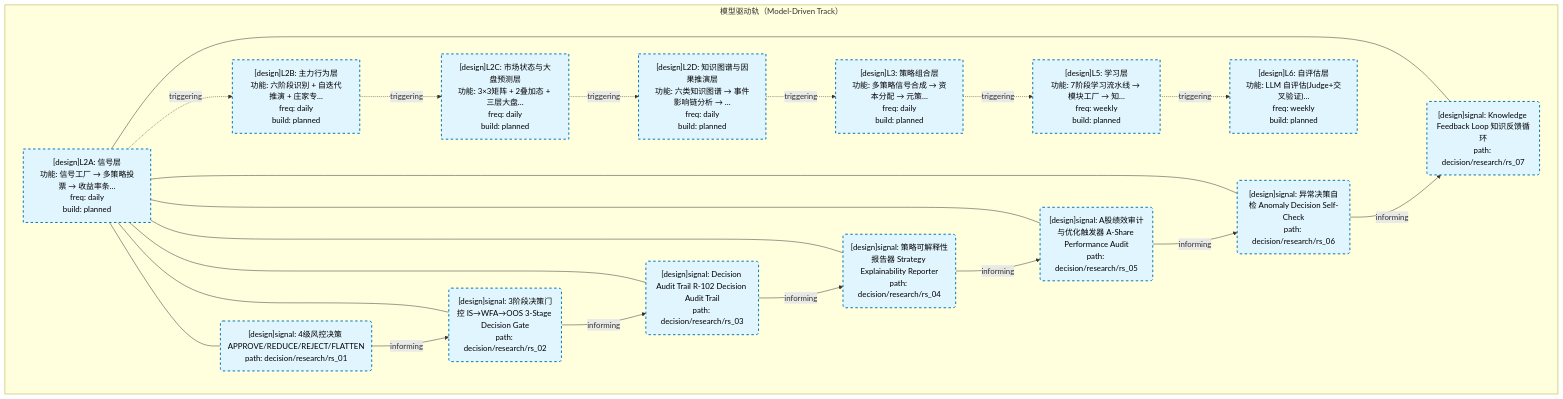
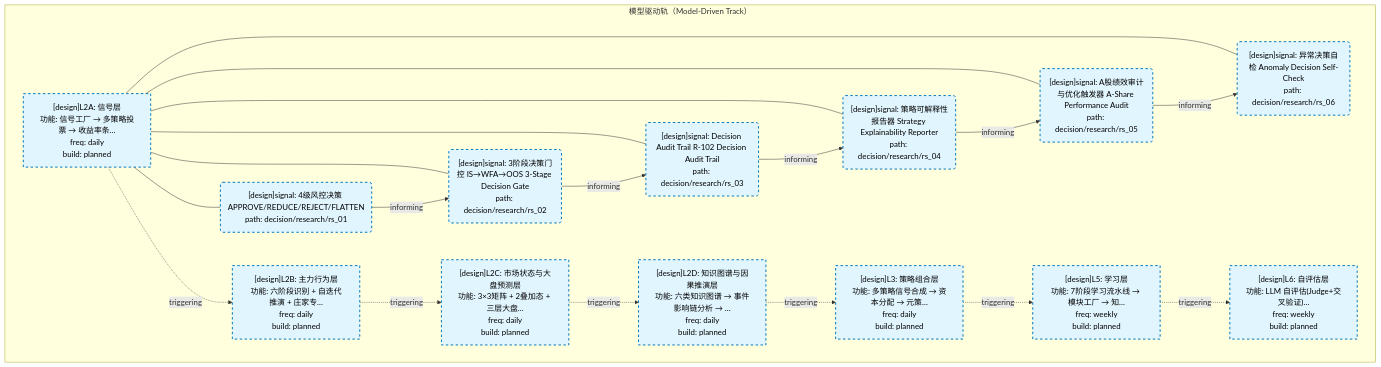
The first of 2 diagrams in docs/02_enterprise_architecture/06_decision_architecture/09_decision_l2a_research.md (xuanFelixVan/ZephyrAlpha), drawn with Mermaid before and after one commit. The commit also changed other lines of this file and 24 other files, not shown here.

First line of the commit message:
docs(architecture): 重生4个生成器输出（sys.path修复后首次干净重生）

````diff
--- a/docs/02_enterprise_architecture/06_decision_architecture/09_decision_l2a_research.md
+++ b/docs/02_enterprise_architecture/06_decision_architecture/09_decision_l2a_research.md
@@ -21,44 +21,41 @@
 ```mermaid
 flowchart TD
     subgraph track_model_driven["模型驱动轨（Model-Driven Track）"]
         LL2A["[design]L2A: 信号层<br/>功能: 信号工厂 → 多策略投票 → 收益率条…<br/>freq: daily<br/>build: planned"]:::bsPlanned
         N204("[design]signal: 4级风控决策 APPROVE/REDUCE/REJECT/FLATTEN<br/>path: decision/research/rs_01"):::bsPlanned
         LL2A --- N204
         N205("[design]signal: 3阶段决策门控 IS→WFA→OOS 3-Stage Decision Gate<br/>path: decision/research/rs_02"):::bsPlanned
         LL2A --- N205
         N206("[design]signal: Decision Audit Trail R-102 Decision Audit Trail<br/>path: decision/research/rs_03"):::bsPlanned
         LL2A --- N206
         N211("[design]signal: 策略可解释性报告器 Strategy Explainability Reporter<br/>path: decision/research/rs_04"):::bsPlanned
         LL2A --- N211
         N212("[design]signal: A股绩效审计与优化触发器 A-Share Performance Audit<br/>path: decision/research/rs_05"):::bsPlanned
         LL2A --- N212
         N213("[design]signal: 异常决策自检 Anomaly Decision Self-Check<br/>path: decision/research/rs_06"):::bsPlanned
         LL2A --- N213
-        N214("[design]signal: Knowledge Feedback Loop 知识反馈循环<br/>path: decision/research/rs_07"):::bsPlanned
-        LL2A --- N214
         LL2B["[design]L2B: 主力行为层<br/>功能: 六阶段识别 + 自迭代推演 + 庄家专…<br/>freq: daily<br/>build: planned"]:::bsPlanned
         LL2C["[design]L2C: 市场状态与大盘预测层<br/>功能: 3×3矩阵 + 2叠加态 + 三层大盘…<br/>freq: daily<br/>build: planned"]:::bsPlanned
         LL2D["[design]L2D: 知识图谱与因果推演层<br/>功能: 六类知识图谱 → 事件影响链分析 → …<br/>freq: daily<br/>build: planned"]:::bsPlanned
         LL3["[design]L3: 策略组合层<br/>功能: 多策略信号合成 → 资本分配 → 元策…<br/>freq: daily<br/>build: planned"]:::bsPlanned
         LL5["[design]L5: 学习层<br/>功能: 7阶段学习流水线 → 模块工厂 → 知…<br/>freq: weekly<br/>build: planned"]:::bsPlanned
         LL6["[design]L6: 自评估层<br/>功能: LLM 自评估(Judge+交叉验证)…<br/>freq: weekly<br/>build: planned"]:::bsPlanned
     end
     LL2A -.->|triggering| LL2B
     LL2B -.->|triggering| LL2C
     LL2C -.->|triggering| LL2D
     LL2D -.->|triggering| LL3
     LL3 -.->|triggering| LL5
     LL5 -.->|triggering| LL6
     N204 -->|informing| N205
     N205 -->|informing| N206
     N206 -->|informing| N211
     N211 -->|informing| N212
     N212 -->|informing| N213
-    N213 -->|informing| N214
 
     classDef bsStable fill:#c8e6c9,stroke:#2e7d32,stroke-width:2px,color:#000
     classDef bsGenerated fill:#fff9c4,stroke:#f9a825,stroke-width:2px,color:#000
     classDef bsTesting fill:#ffe0b2,stroke:#ef6c00,stroke-width:2px,color:#000
     classDef bsPlanned fill:#e1f5fe,stroke:#0277bd,stroke-width:2px,color:#000,stroke-dasharray: 5 5
     classDef bsDeprecated fill:#ffcdd2,stroke:#c62828,stroke-width:2px,color:#000,stroke-dasharray: 5 5
 ```
````
